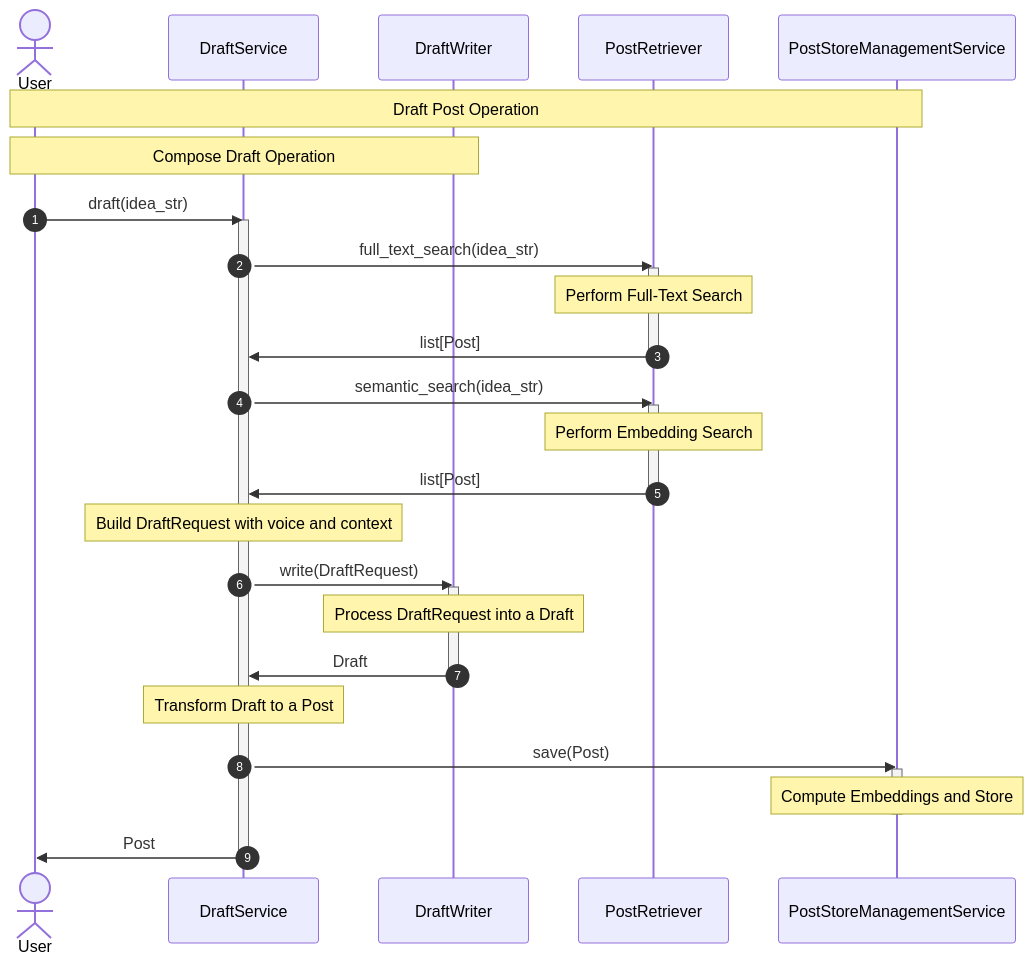
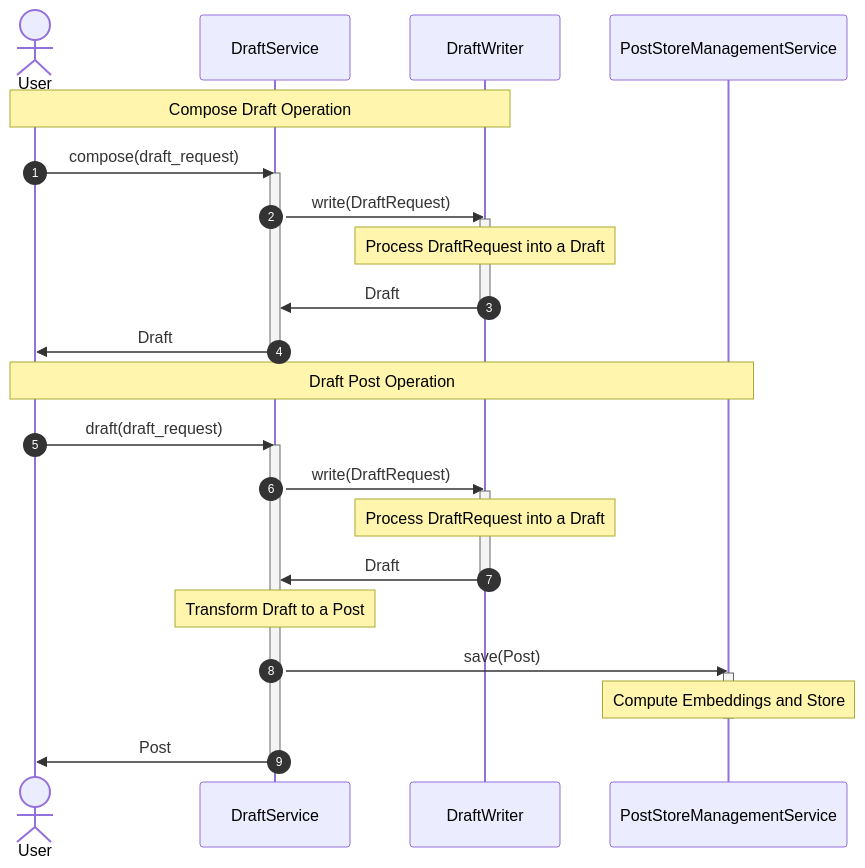
Before and after one commit to ADarko22/linkedin-idea-to-post: the second of 2 diagrams in src/linkedin_idea_to_post/use_case/drafting/README.md, drawn with Mermaid. The commit also changed other lines of this file and 14 other files, not shown here.

Commit message:
Define drafting data model and protocol. Define separate concerns for DraftContextService and DraftService use cases Implement re-ranking algorithms. Update doc.

````diff
--- a/src/linkedin_idea_to_post/use_case/drafting/README.md
+++ b/src/linkedin_idea_to_post/use_case/drafting/README.md
@@ -11,36 +54,33 @@
 ```mermaid
 sequenceDiagram
     autonumber
     actor User
     participant Drafter as DraftService
     participant Writer as DraftWriter
-    participant Retriever as PostRetriever
     participant Store as PostStoreManagementService
+    Note over User, Writer: Compose Draft Operation
+    User ->> Drafter: compose(draft_request)
+    activate Drafter
+    Drafter ->> Writer: write(DraftRequest)
+    activate Writer
+    Note over Writer: Process DraftRequest into a Draft
+    Writer ->> Drafter: Draft
+    deactivate Writer
+    Drafter ->> User: Draft
+    deactivate Drafter
     Note over User, Store: Draft Post Operation
-    Note over User, Writer: Compose Draft Operation
-    User ->> Drafter: draft(idea_str)
+    User ->> Drafter: draft(draft_request)
     activate Drafter
-    Drafter ->> Retriever: full_text_search(idea_str)
-    activate Retriever
-    Note over Retriever: Perform Full-Text Search
-    Retriever ->> Drafter: list[Post]
-    deactivate Retriever
-    Drafter ->> Retriever: semantic_search(idea_str)
-    activate Retriever
-    Note over Retriever: Perform Embedding Search
-    Retriever ->> Drafter: list[Post]
-    deactivate Retriever
-    Note over Drafter: Build DraftRequest with voice and context
     Drafter ->> Writer: write(DraftRequest)
     activate Writer
     Note over Writer: Process DraftRequest into a Draft
     Writer ->> Drafter: Draft
     deactivate Writer
     Note over Drafter: Transform Draft to a Post
     Drafter ->> Store: save(Post)
     activate Store
     Note over Store: Compute Embeddings and Store
     deactivate Store
     Drafter ->> User: Post
     deactivate Drafter
 ```
````
